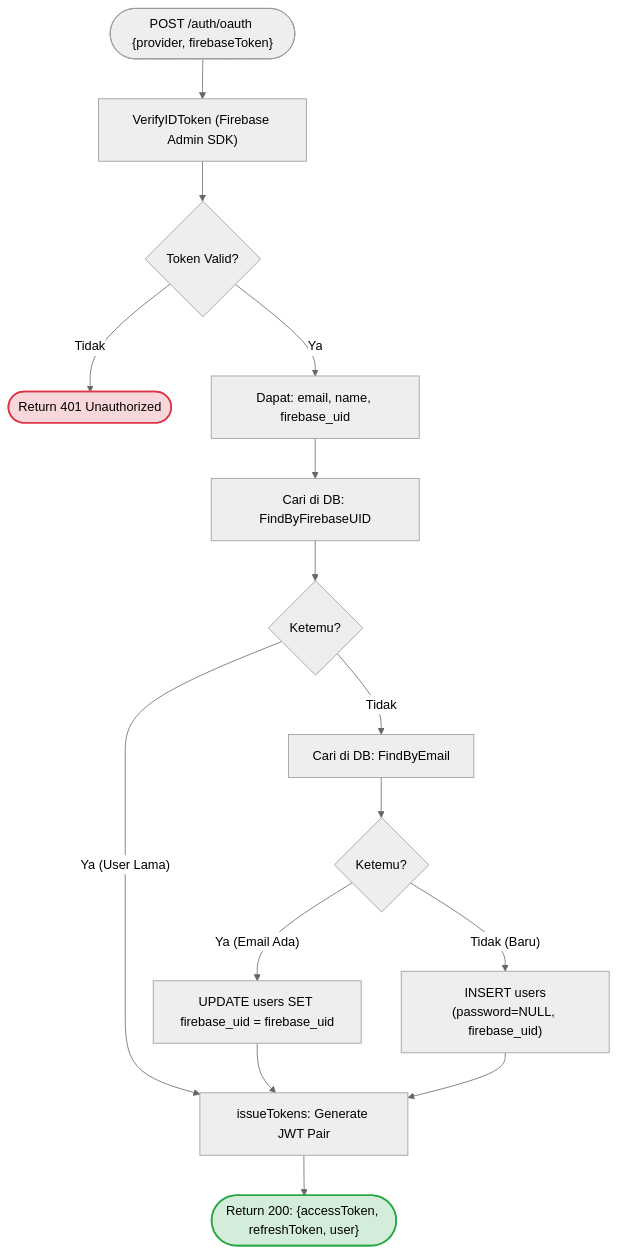
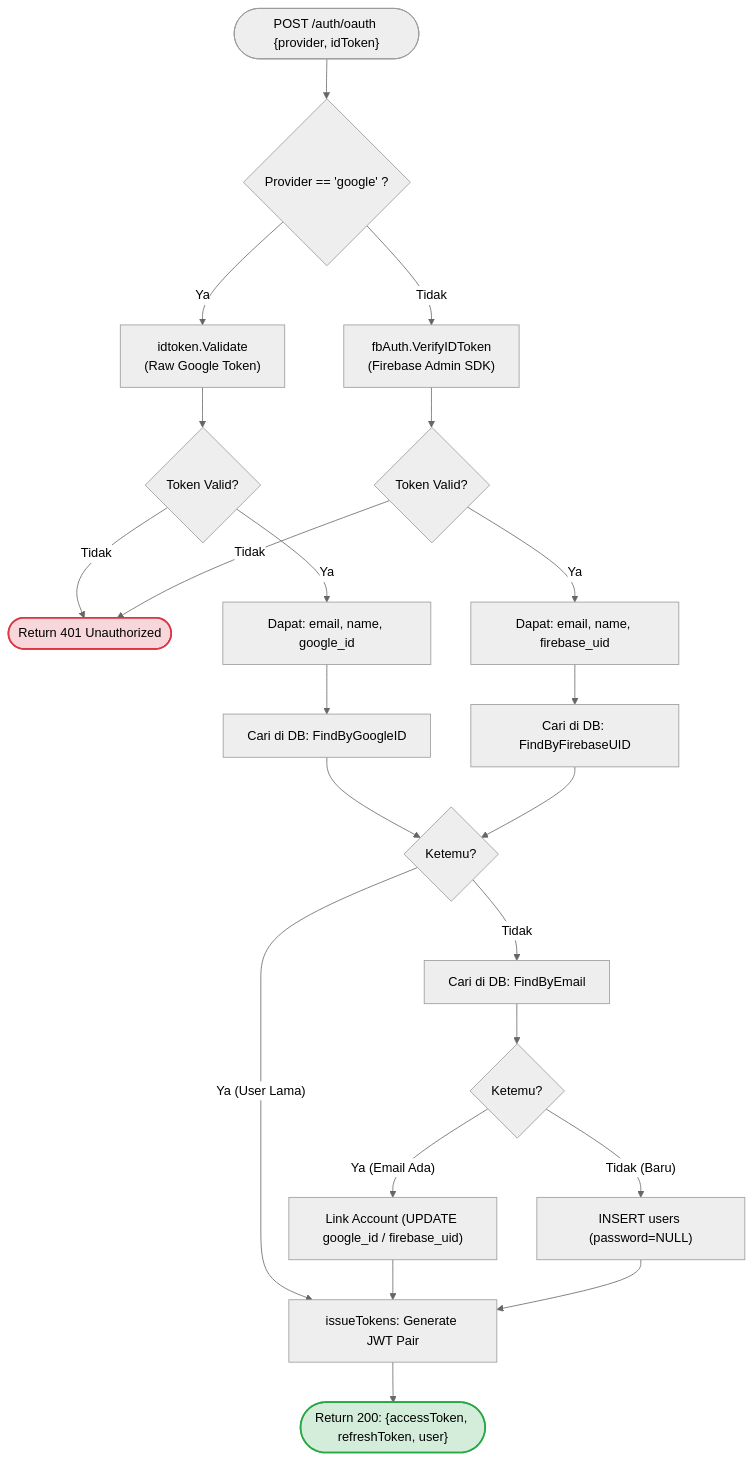
One commit to nunutech40/open-api-free-news changed the fourth of 6 diagrams in docs/AUTH.md. Above: the diagram before and after it, drawn with Mermaid (neutral theme). The commit also changed other lines of this file, not shown here.

Commit message:
docs: update hybrid OAuth social login architecture

````diff
--- a/docs/AUTH.md
+++ b/docs/AUTH.md
@@ -137,37 +145,46 @@
 ```mermaid
 flowchart TD
-    Start(["POST /auth/oauth {provider, firebaseToken}"]) --> Verify["VerifyIDToken (Firebase Admin SDK)"]
-    Verify --> IsValid{"Token Valid?"}
+    Start(["POST /auth/oauth {provider, idToken}"]) --> CekProvider{"Provider == 'google' ?"}
     
-    %% Jika Invalid
-    IsValid -- "Tidak" --> Ret401(["Return 401 Unauthorized"])
+    %% Branch Google
+    CekProvider -- "Ya" --> ValGoogle["idtoken.Validate<br/>(Raw Google Token)"]
+    ValGoogle --> IsValidG{"Token Valid?"}
+    IsValidG -- "Tidak" --> Ret401(["Return 401 Unauthorized"])
+    IsValidG -- "Ya" --> GetGoogle["Dapat: email, name, google_id"]
+    GetGoogle --> FindG["Cari di DB: FindByGoogleID"]
     
-    %% Jika Valid
-    IsValid -- "Ya" --> GetData["Dapat: email, name, firebase_uid"]
-    GetData --> FindFB["Cari di DB: FindByFirebaseUID"]
-    FindFB --> FoundFB{"Ketemu?"}
+    %% Branch Firebase (GitHub/Twitter)
+    CekProvider -- "Tidak" --> ValFB["fbAuth.VerifyIDToken<br/>(Firebase Admin SDK)"]
+    ValFB --> IsValidF{"Token Valid?"}
+    IsValidF -- "Tidak" --> Ret401
+    IsValidF -- "Ya" --> GetFB["Dapat: email, name, firebase_uid"]
+    GetFB --> FindF["Cari di DB: FindByFirebaseUID"]
+    
+    %% Unified Flow
+    FindG --> Found{"Ketemu?"}
+    FindF --> Found
     
     %% Returning User
-    FoundFB -- "Ya (User Lama)" --> IssueTokens["issueTokens: Generate JWT Pair"]
+    Found -- "Ya (User Lama)" --> IssueTokens["issueTokens: Generate JWT Pair"]
     
     %% Fallback ke Email
-    FoundFB -- "Tidak" --> FindEmail["Cari di DB: FindByEmail"]
+    Found -- "Tidak" --> FindEmail["Cari di DB: FindByEmail"]
     FindEmail --> FoundEmail{"Ketemu?"}
     
     %% Account Linking
-    FoundEmail -- "Ya (Email Ada)" --> LinkAcc["UPDATE users SET firebase_uid = firebase_uid"]
+    FoundEmail -- "Ya (Email Ada)" --> LinkAcc["Link Account (UPDATE google_id / firebase_uid)"]
     LinkAcc --> IssueTokens
     
     %% Registrasi Baru
-    FoundEmail -- "Tidak (Baru)" --> CreateUser["INSERT users<br>(password=NULL, firebase_uid)"]
+    FoundEmail -- "Tidak (Baru)" --> CreateUser["INSERT users (password=NULL)"]
     CreateUser --> IssueTokens
     
     %% Sukses
     IssueTokens --> Ret200(["Return 200: {accessToken, refreshToken, user}"])
     
     %% Styling
     classDef success fill:#d4edda,stroke:#28a745,stroke-width:2px;
     classDef error fill:#f8d7da,stroke:#dc3545,stroke-width:2px;
     class Ret200 success;
     class Ret401 error;
 ```
````
